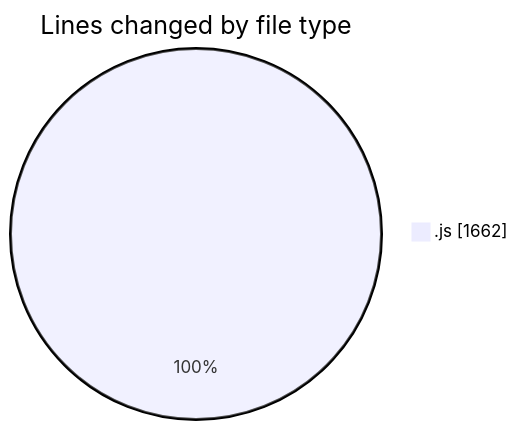
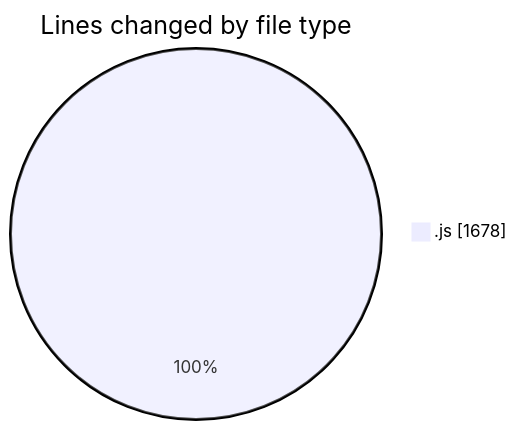
One commit to Ritupan-Deka/code-tracking changed the first of 2 diagrams in 2025-07-29/javascript/README.md. Above: the diagram before and after it, drawn with Mermaid. The commit also changed other lines of this file and 1 other file, not shown here.

````diff
--- a/2025-07-29/javascript/README.md
+++ b/2025-07-29/javascript/README.md
@@ -21,5 +21,5 @@
 ```mermaid
 pie showData
 title Lines changed by file type
-".js" : 1662
+".js" : 1678
 ```
````
